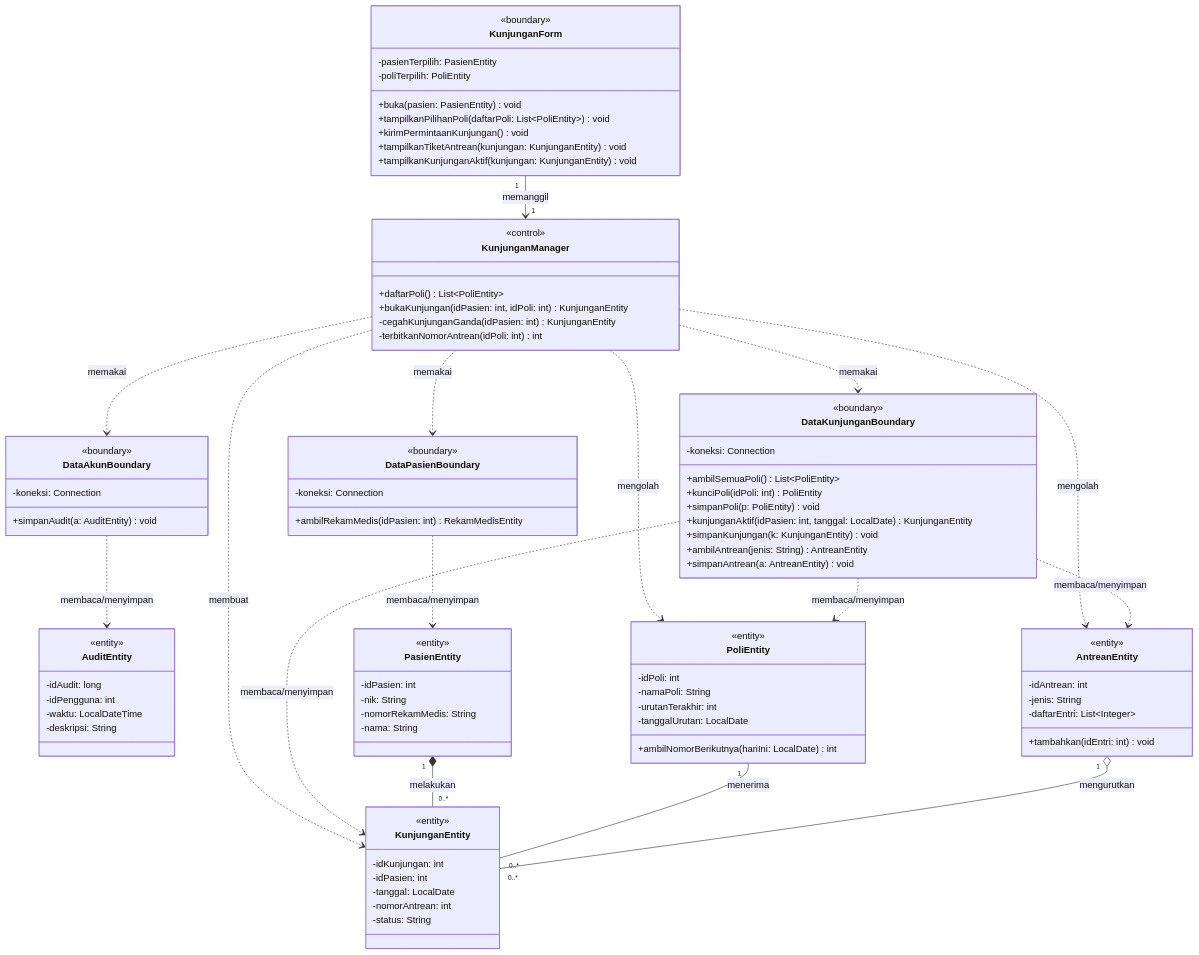
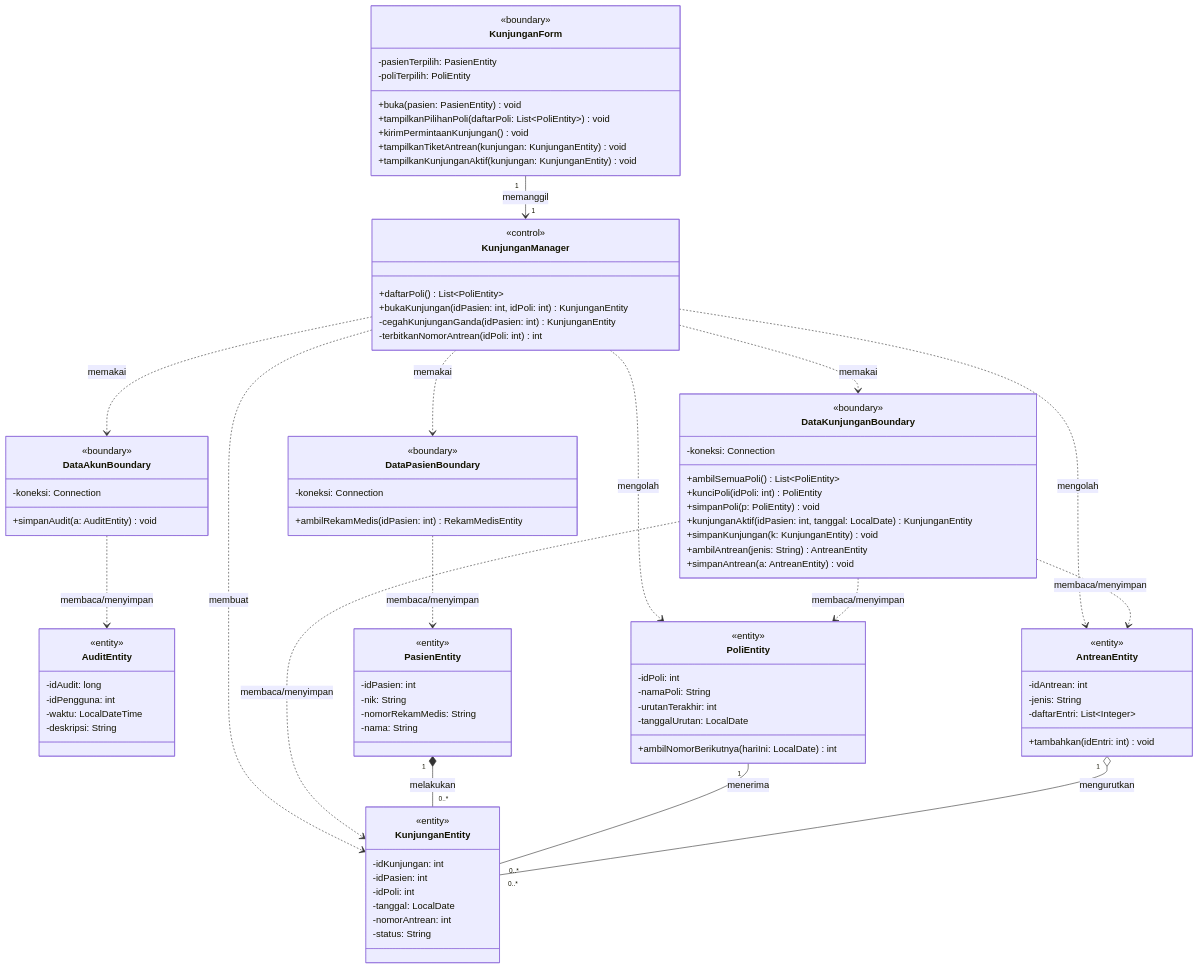
Before and after one commit to angseleong/IF2150-RPL-K02-G09: the diagram in docs/M8/assets/diagram/src/diagram-kelas-uc03.mmd, drawn with Mermaid. The commit also changed 22 other files, not shown here.

```diff
--- a/docs/M8/assets/diagram/src/diagram-kelas-uc03.mmd
+++ b/docs/M8/assets/diagram/src/diagram-kelas-uc03.mmd
@@ -1,92 +1,93 @@
 classDiagram
   direction TB
   class KunjunganForm {
     <<boundary>>
     -pasienTerpilih: PasienEntity
     -poliTerpilih: PoliEntity
     +buka(pasien: PasienEntity) void
     +tampilkanPilihanPoli(daftarPoli: List~PoliEntity~) void
     +kirimPermintaanKunjungan() void
     +tampilkanTiketAntrean(kunjungan: KunjunganEntity) void
     +tampilkanKunjunganAktif(kunjungan: KunjunganEntity) void
   }
   class KunjunganManager {
     <<control>>
     +daftarPoli() List~PoliEntity~
     +bukaKunjungan(idPasien: int, idPoli: int) KunjunganEntity
     -cegahKunjunganGanda(idPasien: int) KunjunganEntity
     -terbitkanNomorAntrean(idPoli: int) int
   }
   class DataAkunBoundary {
     <<boundary>>
     -koneksi: Connection
     +simpanAudit(a: AuditEntity) void
   }
   class DataPasienBoundary {
     <<boundary>>
     -koneksi: Connection
     +ambilRekamMedis(idPasien: int) RekamMedisEntity
   }
   class DataKunjunganBoundary {
     <<boundary>>
     -koneksi: Connection
     +ambilSemuaPoli() List~PoliEntity~
     +kunciPoli(idPoli: int) PoliEntity
     +simpanPoli(p: PoliEntity) void
     +kunjunganAktif(idPasien: int, tanggal: LocalDate) KunjunganEntity
     +simpanKunjungan(k: KunjunganEntity) void
     +ambilAntrean(jenis: String) AntreanEntity
     +simpanAntrean(a: AntreanEntity) void
   }
   class AuditEntity {
     <<entity>>
     -idAudit: long
     -idPengguna: int
     -waktu: LocalDateTime
     -deskripsi: String
   }
   class PasienEntity {
     <<entity>>
     -idPasien: int
     -nik: String
     -nomorRekamMedis: String
     -nama: String
   }
   class KunjunganEntity {
     <<entity>>
     -idKunjungan: int
     -idPasien: int
+    -idPoli: int
     -tanggal: LocalDate
     -nomorAntrean: int
     -status: String
   }
   class PoliEntity {
     <<entity>>
     -idPoli: int
     -namaPoli: String
     -urutanTerakhir: int
     -tanggalUrutan: LocalDate
     +ambilNomorBerikutnya(hariIni: LocalDate) int
   }
   class AntreanEntity {
     <<entity>>
     -idAntrean: int
     -jenis: String
     -daftarEntri: List~Integer~
     +tambahkan(idEntri: int) void
   }
   KunjunganForm "1" --> "1" KunjunganManager : memanggil
   KunjunganManager ..> AntreanEntity : mengolah
   KunjunganManager ..> DataAkunBoundary : memakai
   KunjunganManager ..> DataKunjunganBoundary : memakai
   KunjunganManager ..> DataPasienBoundary : memakai
   KunjunganManager ..> KunjunganEntity : membuat
   KunjunganManager ..> PoliEntity : mengolah
   DataAkunBoundary ..> AuditEntity : membaca/menyimpan
   DataPasienBoundary ..> PasienEntity : membaca/menyimpan
   DataKunjunganBoundary ..> KunjunganEntity : membaca/menyimpan
   DataKunjunganBoundary ..> PoliEntity : membaca/menyimpan
   DataKunjunganBoundary ..> AntreanEntity : membaca/menyimpan
   PasienEntity "1" *-- "0..*" KunjunganEntity : melakukan
   PoliEntity "1" -- "0..*" KunjunganEntity : menerima
   AntreanEntity "1" o-- "0..*" KunjunganEntity : mengurutkan
```
